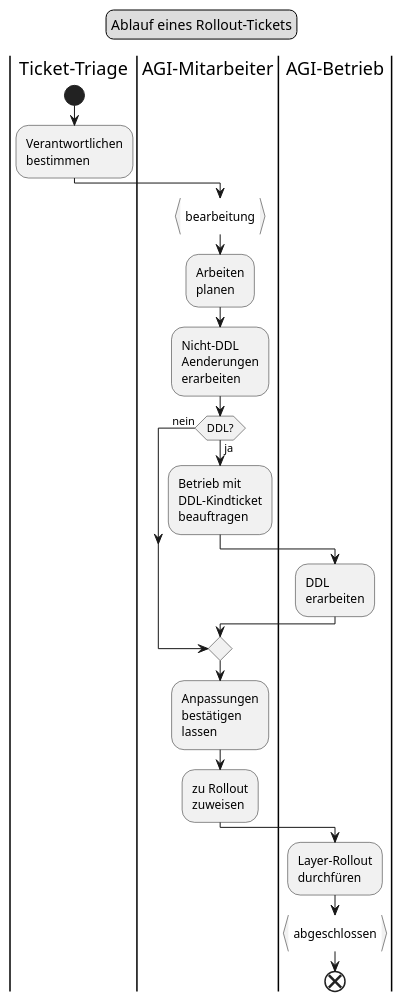
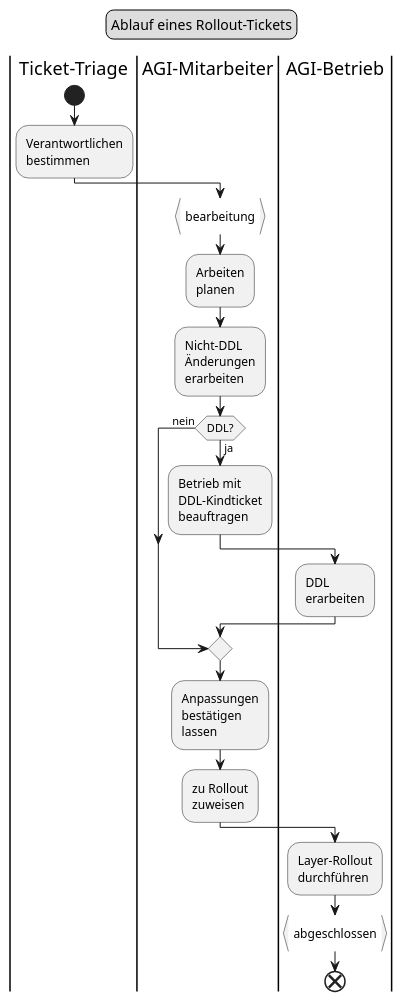
Before and after one commit to ojeker/docktick: the diagram in puml/src/flow_rollout.puml, drawn with PlantUML. The commit also changed 3 other files, not shown here.

```diff
--- a/puml/src/flow_rollout.puml
+++ b/puml/src/flow_rollout.puml
@@ -1,50 +1,50 @@
 @startuml
 legend top
 	Ablauf eines Rollout-Tickets
 end legend
 |Ticket-Triage|
 start
 :Verantwortlichen
 bestimmen;
 |AGI-Mitarbeiter|
 
 :bearbeitung}
 
 :Arbeiten
 planen;
 
 :Nicht-DDL
-Aenderungen
+Änderungen
 erarbeiten;
 
 if (DDL?) then (nein)
 
 else (ja)
 
 :Betrieb mit
 DDL-Kindticket
 beauftragen;
 
 |AGI-Betrieb|
 
 :DDL
 erarbeiten;
 
 endif
 
 |AGI-Mitarbeiter|
 :Anpassungen
 bestätigen
 lassen;
 
 :zu Rollout
 zuweisen;
 
 |AGI-Betrieb|
 :Layer-Rollout
-durchfüren;
+durchführen;
 
 :abgeschlossen}
 
 end
 @enduml
```
